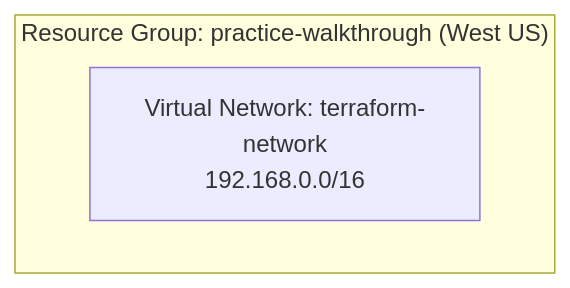
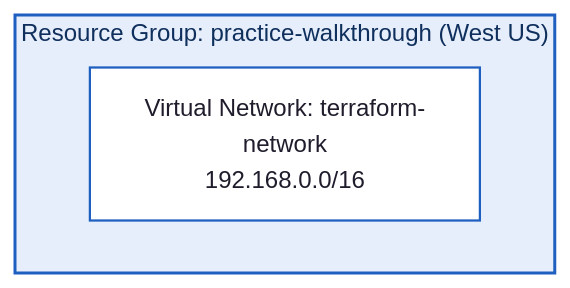
The third of 3 diagrams in README.md (kiwisigma/terraform-course), drawn with Mermaid before and after one commit. The commit also changed other lines of this file, not shown here.

Commit message:
Fix mermaid diagram contrast, link lab headings to their folders

````diff
--- a/README.md
+++ b/README.md
@@ -59,6 +63,8 @@
 ```mermaid
 graph TD
     subgraph RG["Resource Group: practice-walkthrough (West US)"]
         VNET["Virtual Network: terraform-network<br/>192.168.0.0/16"]
     end
+    style RG fill:#e6eefb,stroke:#1f5fbf,stroke-width:2px,color:#0f2f5c
+    style VNET fill:#ffffff,stroke:#1f5fbf,stroke-width:1.5px,color:#211c2c
 ```
````
